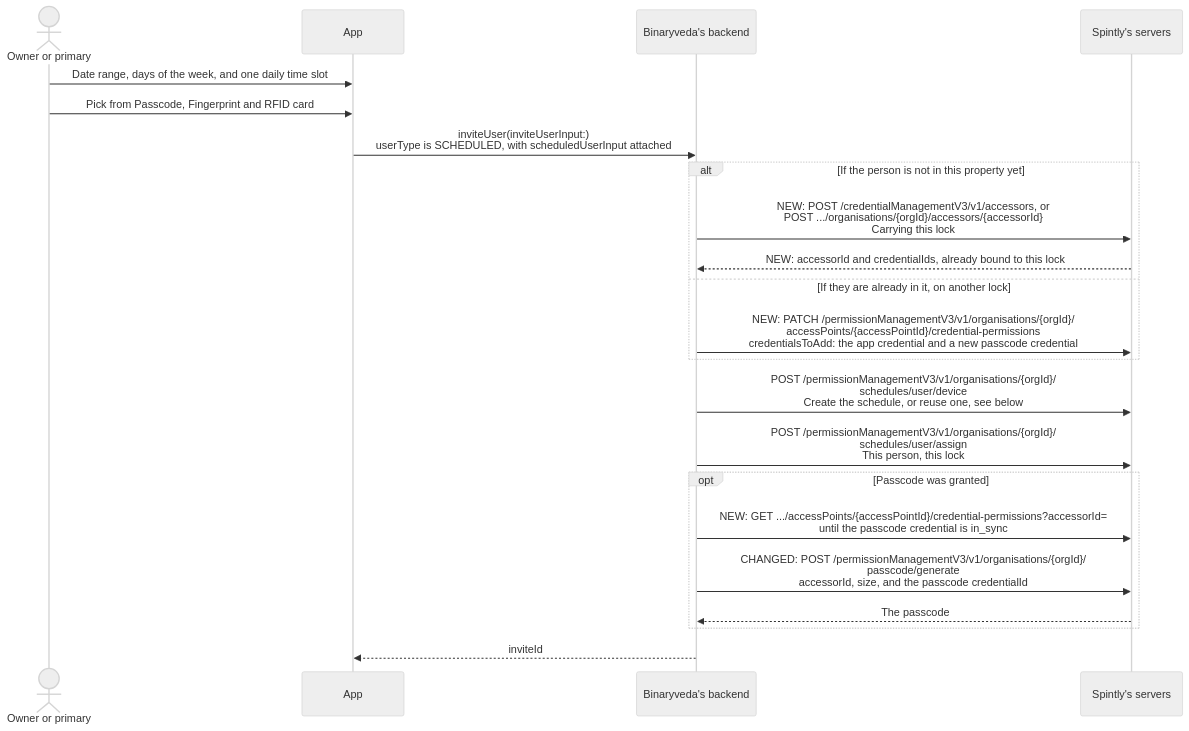
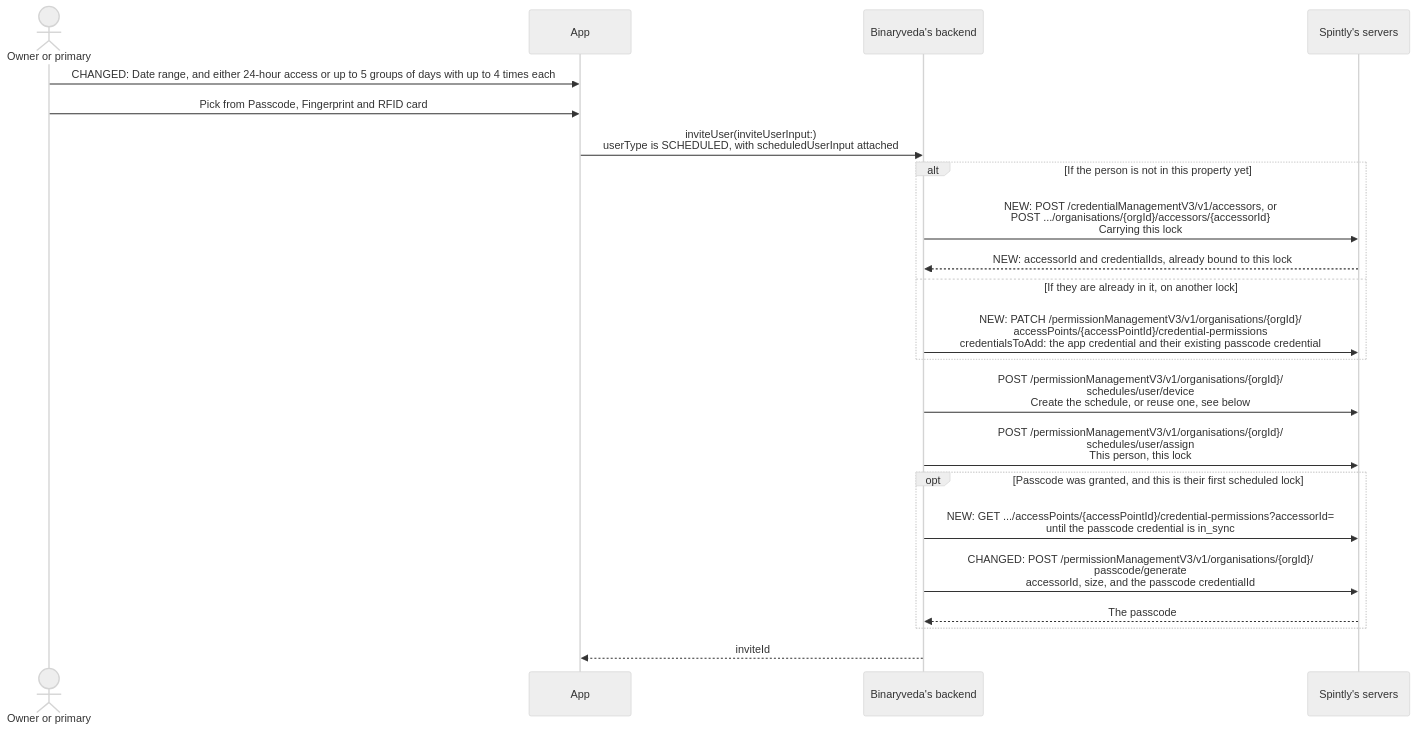
Before and after one commit to spintly-integrations-support/godrej-software-guide: the fourth of 10 diagrams in docs/user-management.md, drawn with Mermaid (neutral theme). The commit also changed other lines of this file and 9 other files, not shown here.

````diff
--- a/docs/user-management.md
+++ b/docs/user-management.md
@@ -137,25 +138,25 @@
 ```mermaid
 sequenceDiagram
     actor O as Owner or primary
     participant A as App
     participant B as Binaryveda's backend
     participant S as Spintly's servers
 
-    O->>A: Date range, days of the week, and one daily time slot
+    O->>A: CHANGED: Date range, and either 24-hour access or up to 5 groups of days with up to 4 times each
     O->>A: Pick from Passcode, Fingerprint and RFID card
     A->>B: inviteUser(inviteUserInput:)<br/>userType is SCHEDULED, with scheduledUserInput attached
     alt If the person is not in this property yet
         B->>S: NEW: POST /credentialManagementV3/v1/accessors, or<br/>POST .../organisations/{orgId}/accessors/{accessorId}<br/>Carrying this lock
         S-->>B: NEW: accessorId and credentialIds, already bound to this lock
     else If they are already in it, on another lock
-        B->>S: NEW: PATCH /permissionManagementV3/v1/organisations/{orgId}/<br/>accessPoints/{accessPointId}/credential-permissions<br/>credentialsToAdd: the app credential and a new passcode credential
+        B->>S: NEW: PATCH /permissionManagementV3/v1/organisations/{orgId}/<br/>accessPoints/{accessPointId}/credential-permissions<br/>credentialsToAdd: the app credential and their existing passcode credential
     end
     B->>S: POST /permissionManagementV3/v1/organisations/{orgId}/<br/>schedules/user/device<br/>Create the schedule, or reuse one, see below
     B->>S: POST /permissionManagementV3/v1/organisations/{orgId}/<br/>schedules/user/assign<br/>This person, this lock
-    opt Passcode was granted
+    opt Passcode was granted, and this is their first scheduled lock
         B->>S: NEW: GET .../accessPoints/{accessPointId}/credential-permissions?accessorId=<br/>until the passcode credential is in_sync
         B->>S: CHANGED: POST /permissionManagementV3/v1/organisations/{orgId}/<br/>passcode/generate<br/>accessorId, size, and the passcode credentialId
         S-->>B: The passcode
     end
     B-->>A: inviteId
 ```
````
